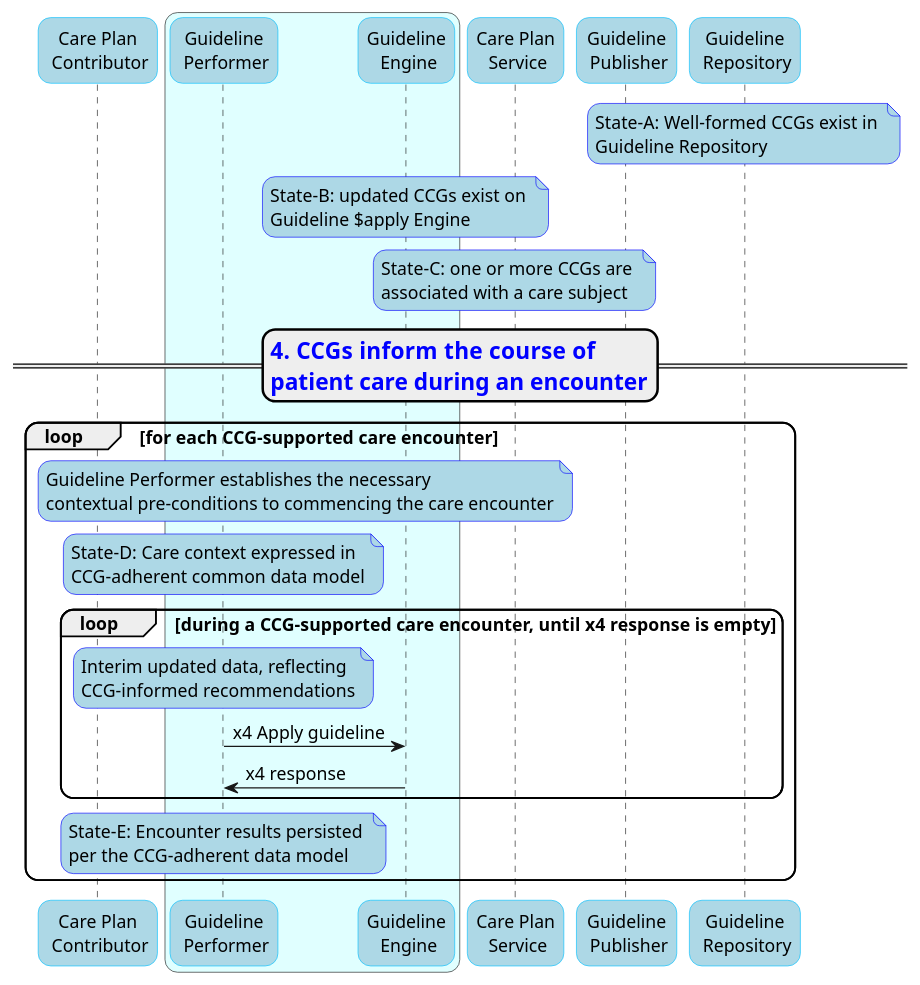
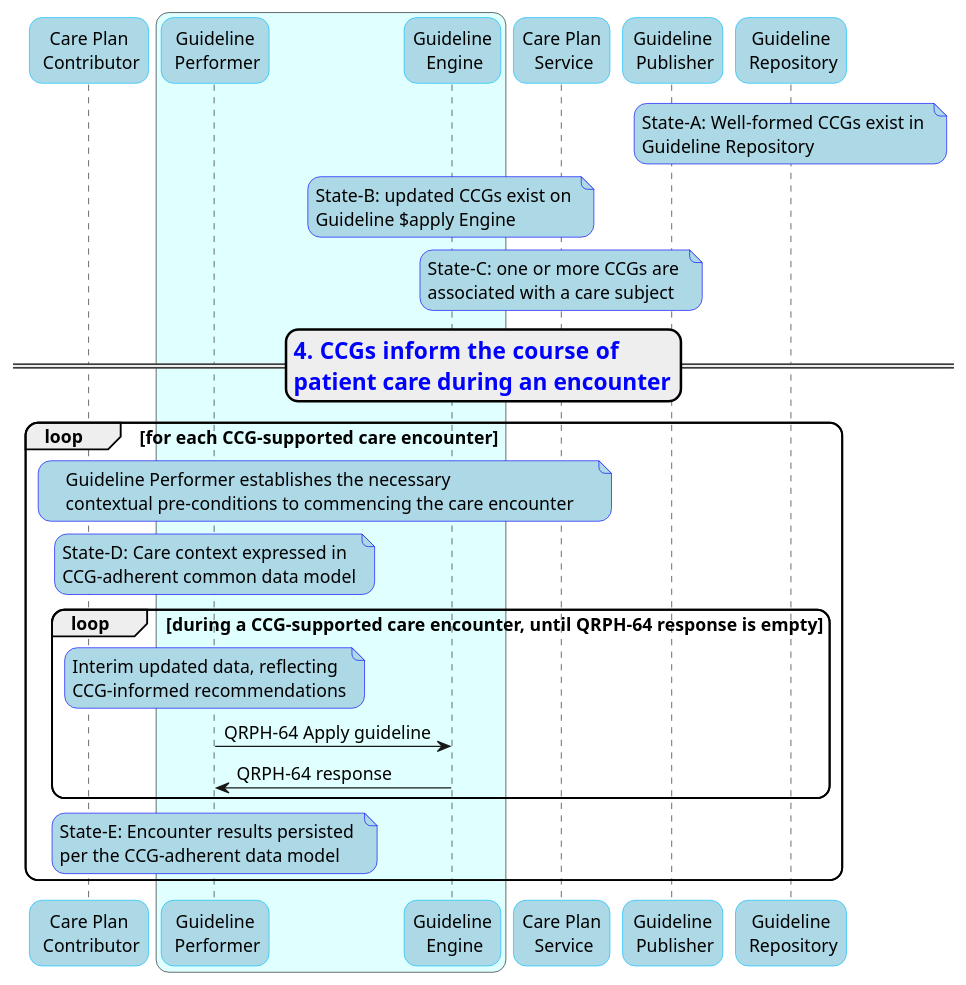
Before and after one commit to IHE/QRPH.CCG: the diagram in input/images-source/image8.plantuml, drawn with PlantUML. The commit also changed 2 other files, not shown here.

Commit message:
update actor options and xaction numbers in Fig 7, 8

```diff
--- a/input/images-source/image8.plantuml
+++ b/input/images-source/image8.plantuml
@@ -1,42 +1,42 @@
 @startuml
 skinparam defaultFontSize        14
 skinparam roundcorner            20
 skinparam Note {
 BackgroundColor LightBlue
 BorderColor Blue
 }
 skinparam Participant {
 FontName Arial
 Style awesome
 BorderColor DeepSkyBlue
 BackgroundColor LightBlue
 }
 
 
 participant "Care Plan\n Contributor" as cpc
 box #lightCyan
 participant "Guideline\n Performer" as gf
 participant "Guideline\n Engine" as ge
 endbox
 participant "Care Plan\n Service" as cps
 participant "Guideline\n Publisher" as gp
 participant "Guideline\n Repository" as gr
 
 note over gr: State-A: Well-formed CCGs exist in \nGuideline Repository
 note over ge: State-B: updated CCGs exist on \nGuideline $apply Engine
 note over cps: State-C: one or more CCGs are \nassociated with a care subject
 ==<size 18><color #blue>4.  CCGs inform the course of \n<size 18><color #blue>patient care during an encounter==
 
 
 loop for each CCG-supported care encounter
  note over cpc,cps: Guideline Performer establishes the necessary\ncontextual pre-conditions to commencing the care encounter
  note over gf: State-D: Care context expressed in \nCCG-adherent common data model 
- loop during a CCG-supported care encounter, until x4 response is empty
+ loop during a CCG-supported care encounter, until QRPH-64 response is empty
   note over gf: Interim updated data, reflecting \nCCG-informed recommendations
 
-  gf -> ge: x4 Apply guideline
-  ge -> gf: x4 response
+  gf -> ge: QRPH-64 Apply guideline
+  ge -> gf: QRPH-64 response
  end loop 
  note over gf: State-E: Encounter results persisted \nper the CCG-adherent data model
 end loop
 @enduml
```
